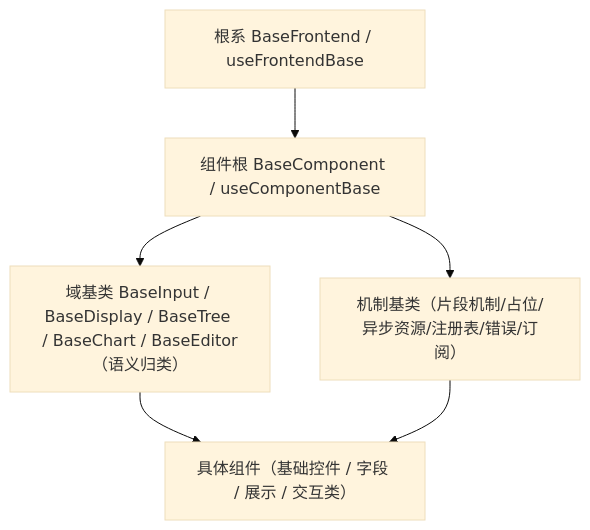
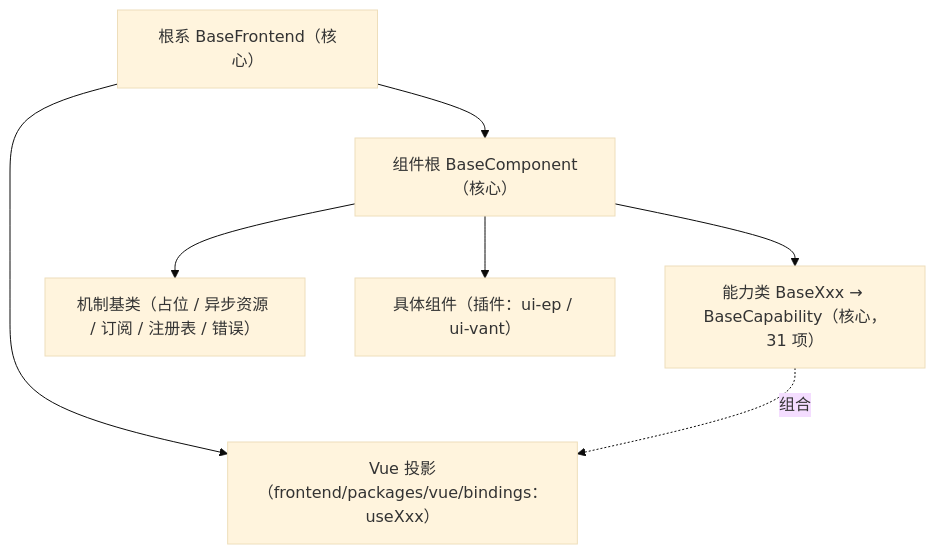
The diagram in bms文档/规范/前端开发规范.md (minjian123/basic-management-system), drawn with Mermaid (base theme) before and after one commit. The commit also changed other lines of this file and 14 other files, not shown here.

````diff
--- a/bms文档/规范/前端开发规范.md
+++ b/bms文档/规范/前端开发规范.md
@@ -92,8 +92,9 @@
 ```mermaid
 flowchart TD
-    ROOT["根系 BaseFrontend / useFrontendBase"] --> COMP["组件根 BaseComponent / useComponentBase"]
-    COMP --> DOM["域基类 BaseInput / BaseDisplay / BaseTree / BaseChart / BaseEditor（语义归类）"]
-    COMP --> MECH["机制基类（片段机制/占位/异步资源/注册表/错误/订阅）"]
-    DOM --> C["具体组件（基础控件 / 字段 / 展示 / 交互类）"]
-    MECH --> C
+    ROOT["根系 BaseFrontend（核心）"] --> COMP["组件根 BaseComponent（核心）"]
+    COMP --> CAP["能力类 BaseXxx → BaseCapability（核心，31 项）"]
+    COMP --> MECH["机制基类（占位 / 异步资源 / 订阅 / 注册表 / 错误）"]
+    COMP --> C["具体组件（插件：ui-ep / ui-vant）"]
+    ROOT --> PROJ["Vue 投影（frontend/packages/vue/bindings：useXxx）"]
+    CAP -.组合.-> PROJ
 ```
````
